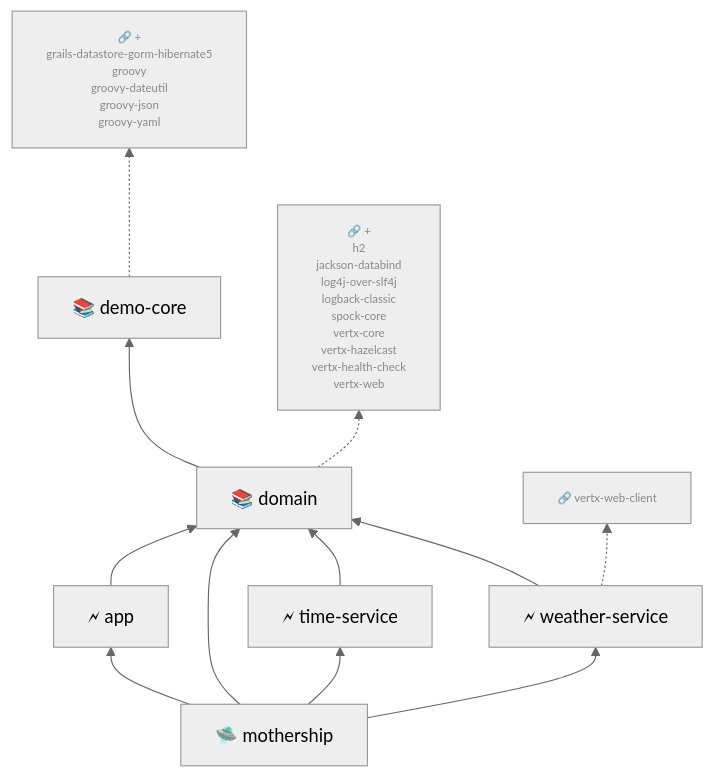
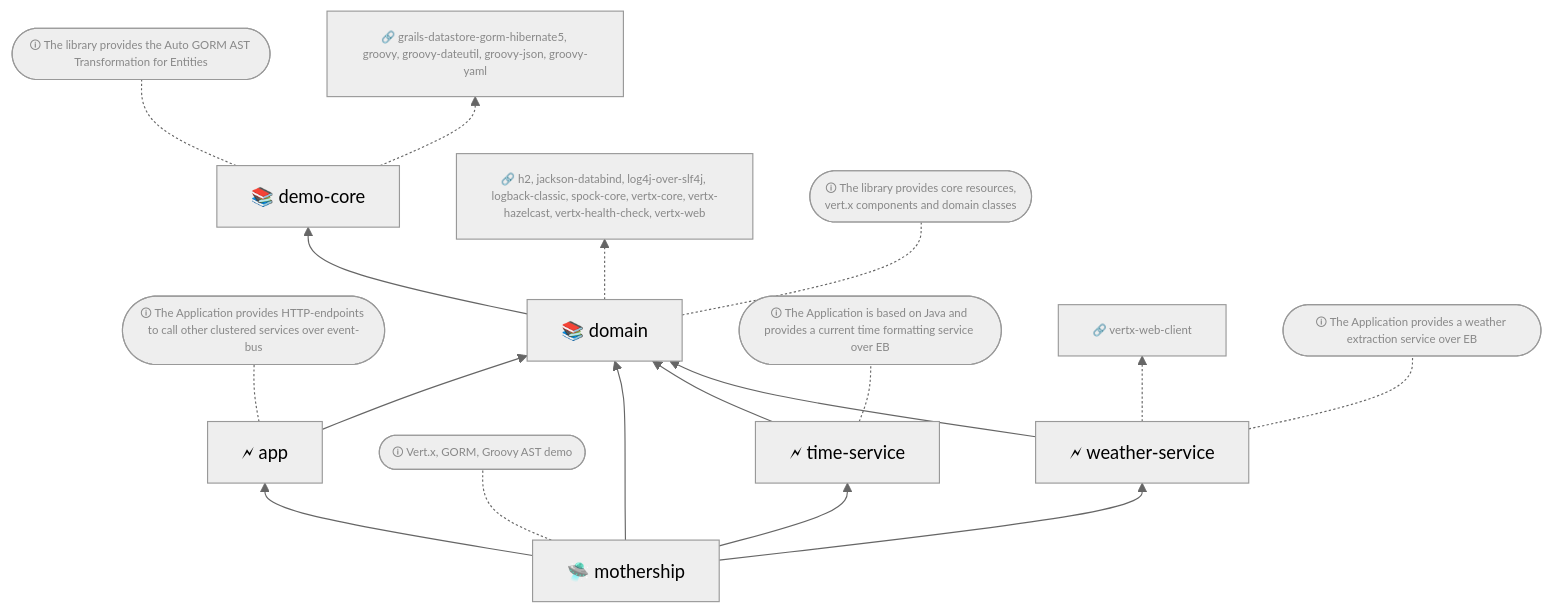
Before and after one commit to injecteer/vx-demo: the diagram in README.md, drawn with Mermaid (neutral theme).

````diff
--- a/README.md
+++ b/README.md
@@ -3,25 +3,36 @@
 ```mermaid
-
 flowchart BT
 	classDef ext font-size:x-small, color:#888
+	app-info(["`🛈 The Application provides HTTP-endpoints to call other clustered services over event-bus`"]):::ext
 	app["🗲 app"]
-	demo-core-ext["🔗 +<br>grails-datastore-gorm-hibernate5<br>groovy<br>groovy-dateutil<br>groovy-json<br>groovy-yaml"]:::ext
+	demo-core-ext["`🔗 grails-datastore-gorm-hibernate5, groovy, groovy-dateutil, groovy-json, groovy-yaml`"]:::ext
+	demo-core-info(["`🛈 The library provides the Auto GORM AST Transformation for Entities`"]):::ext
 	demo-core["📚 demo-core"]
-	domain-ext["🔗 +<br>h2<br>jackson-databind<br>log4j-over-slf4j<br>logback-classic<br>spock-core<br>vertx-core<br>vertx-hazelcast<br>vertx-health-check<br>vertx-web"]:::ext
+	domain-ext["`🔗 h2, jackson-databind, log4j-over-slf4j, logback-classic, spock-core, vertx-core, vertx-hazelcast, vertx-health-check, vertx-web`"]:::ext
+	domain-info(["`🛈 The library provides core resources,<br>vert.x components and domain classes`"]):::ext
 	domain["📚 domain"]
+	mothership-info(["`🛈 Vert.x, GORM, Groovy AST demo`"]):::ext
 	mothership["🛸 mothership"]
+	time-service-info(["`🛈 The Application is based on Java and provides a current time formatting service over EB`"]):::ext
 	time-service["🗲 time-service"]
-	weather-service-ext["🔗 vertx-web-client"]:::ext
+	weather-service-ext["`🔗 vertx-web-client`"]:::ext
+	weather-service-info(["`🛈 The Application provides a weather extraction service over EB`"]):::ext
 	weather-service["🗲 weather-service"]
+	app -.- app-info
 	app --> domain
+	demo-core -.- demo-core-info
 	demo-core .-> demo-core-ext
+	domain -.- domain-info
 	domain --> demo-core
 	domain .-> domain-ext
+	mothership -.- mothership-info
 	mothership --> domain
 	mothership --> app
 	mothership --> time-service
 	mothership --> weather-service
+	time-service -.- time-service-info
 	time-service --> domain
+	weather-service -.- weather-service-info
 	weather-service --> domain
 	weather-service .-> weather-service-ext
 ```
````
